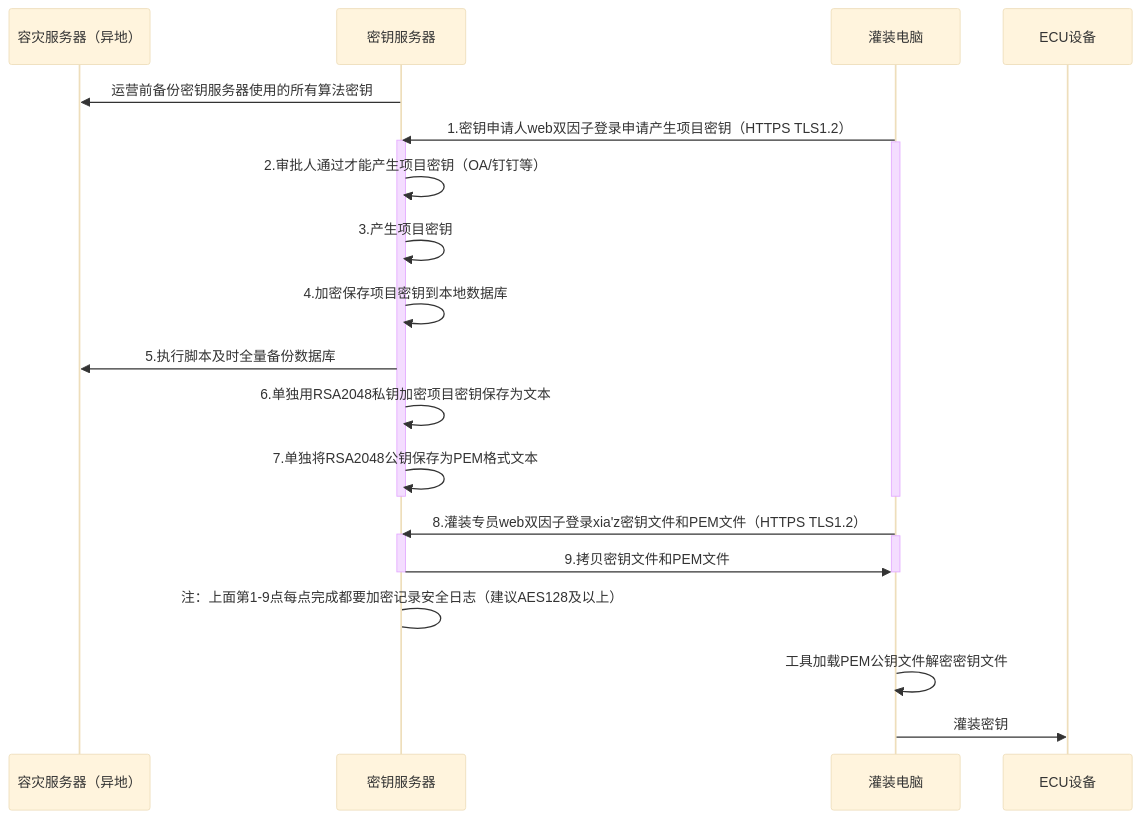
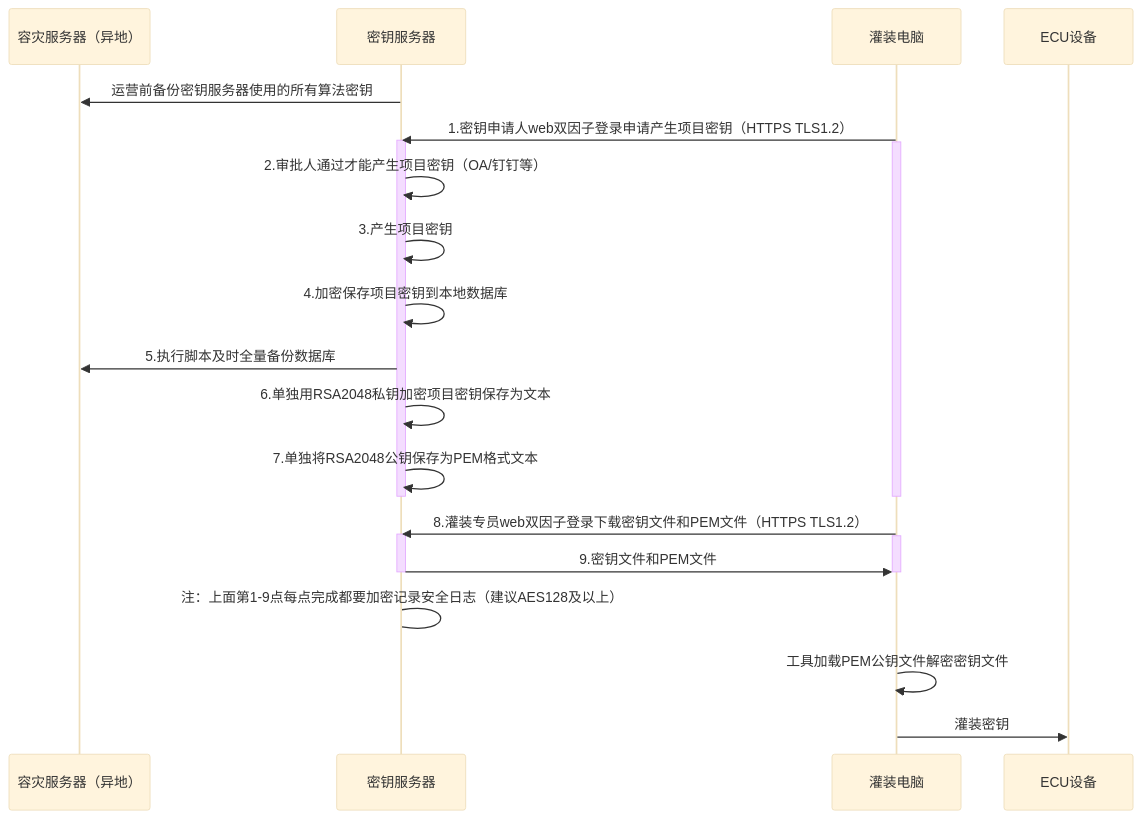
Before and after one commit to facebook-cloud/iodraw-files: the diagram in all/未命名-15.md, drawn with Mermaid (base theme).

Commit message:
2026-02-12 16:47:18 update

````diff
--- a/all/未命名-15.md
+++ b/all/未命名-15.md
@@ -1,32 +1,32 @@
 ```mermaid
 sequenceDiagram
     participant A as 容灾服务器（异地）
     participant B as 密钥服务器
     participant D as 灌装电脑
     participant E as ECU设备
 
     B->>A: 运营前备份密钥服务器使用的所有算法密钥
     D->>B: 1.密钥申请人web双因子登录申请产生项目密钥（HTTPS TLS1.2）
     activate B
     activate D
     B->>B: 2.审批人通过才能产生项目密钥（OA/钉钉等）
     B->>B: 3.产生项目密钥
     B->>B: 4.加密保存项目密钥到本地数据库
     B->>A: 5.执行脚本及时全量备份数据库
     B->>B: 6.单独用RSA2048私钥加密项目密钥保存为文本
     B->>B: 7.单独将RSA2048公钥保存为PEM格式文本
     deactivate B
     deactivate D
     
-    D->>B: 8.灌装专员web双因子登录xia'z密钥文件和PEM文件（HTTPS TLS1.2）
+    D->>B: 8.灌装专员web双因子登录下载密钥文件和PEM文件（HTTPS TLS1.2）
     activate B
     activate D
-    B->>D: 9.拷贝密钥文件和PEM文件
+    B->>D: 9.密钥文件和PEM文件
     deactivate B
     deactivate D
     B->B: 注：上面第1-9点每点完成都要加密记录安全日志（建议AES128及以上）
 
     D->>D:工具加载PEM公钥文件解密密钥文件
     
     D->>E: 灌装密钥
 ```
````
